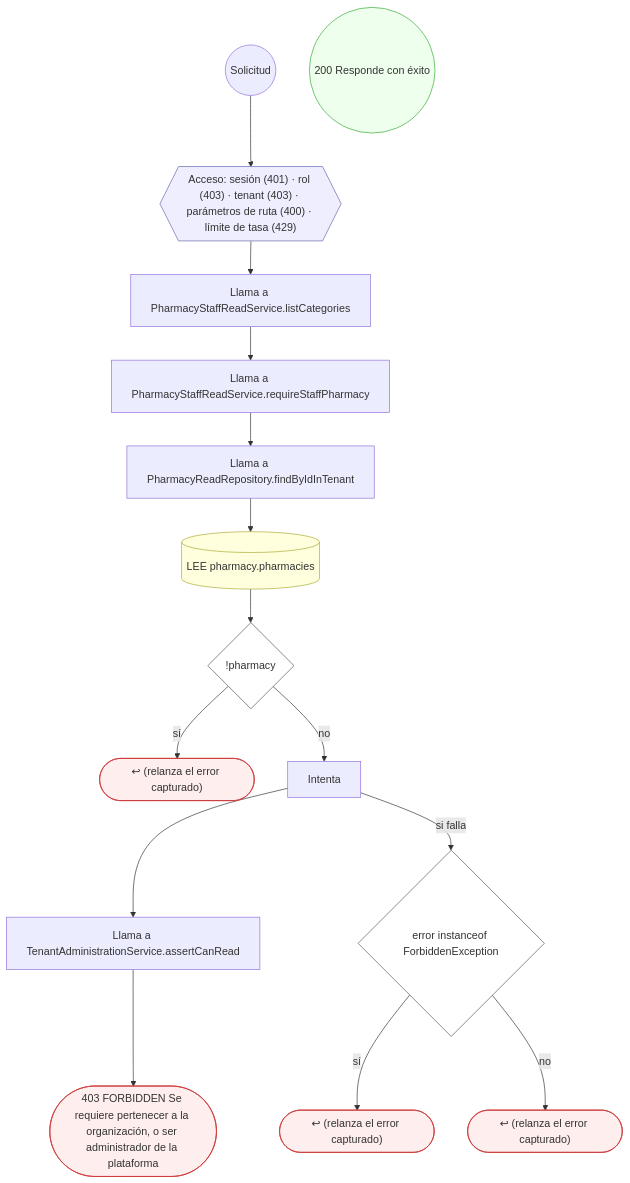
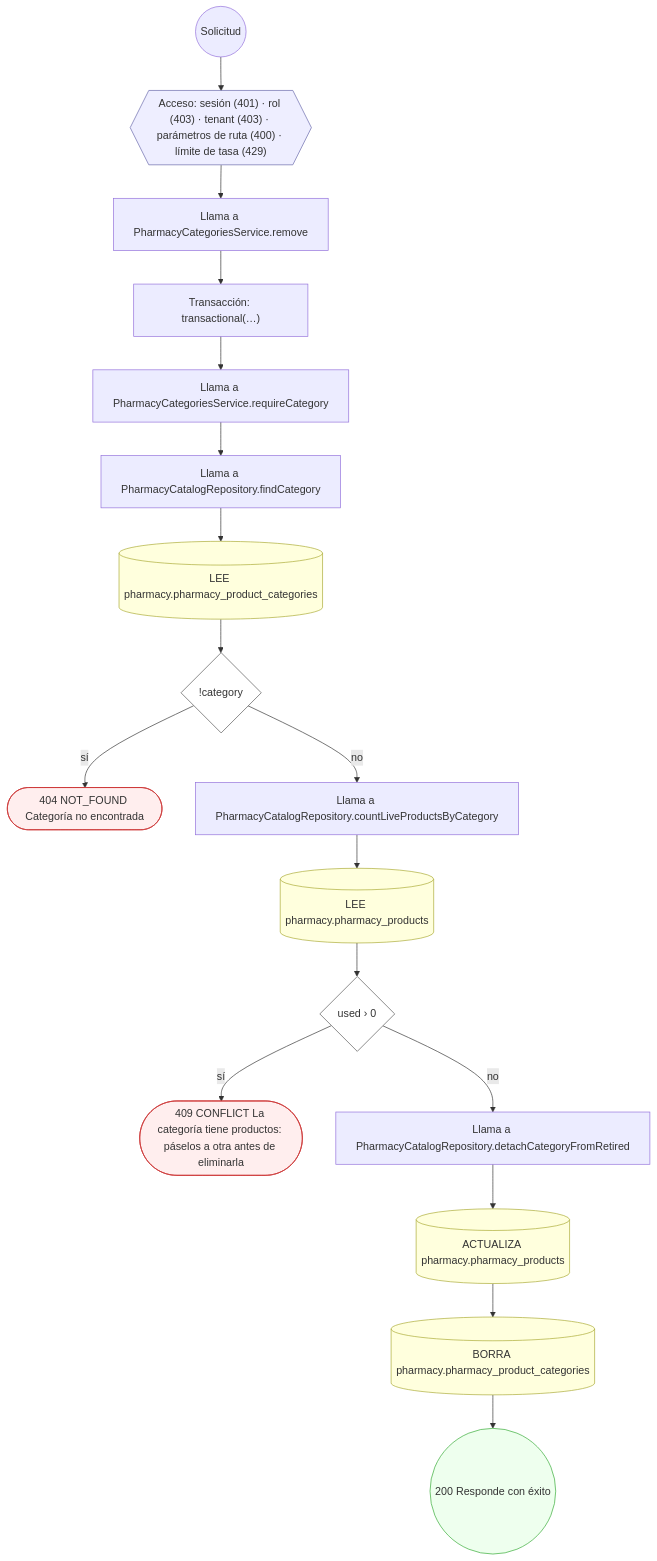
One commit to mdavila-2001/mantra-core-health-api changed the fifth of 29 diagrams in docs/inventario/flujos/pharmacy.md. Above: the diagram before and after it, drawn with Mermaid. The commit also changed other lines of this file and 205 other files, not shown here.

````diff
--- a/docs/inventario/flujos/pharmacy.md
+++ b/docs/inventario/flujos/pharmacy.md
@@ -370,37 +504,42 @@
 ```mermaid
 flowchart TD
   n1(("Solicitud")):::inicio
   n2{{"Acceso: sesión (401) · rol (403) · tenant (403) · parámetros de ruta (400) · límite de tasa (429)"}}:::acceso
   n1 --> n2
-  n3["Llama a PharmacyStaffReadService.listCategories"]:::llamada
+  n3["Llama a PharmacyCategoriesService.remove"]:::llamada
   n2 --> n3
-  n4["Llama a PharmacyStaffReadService.requireStaffPharmacy"]:::llamada
+  n4["Transacción: transactional(…)"]:::transaccion
   n3 --> n4
-  n5["Llama a PharmacyReadRepository.findByIdInTenant"]:::llamada
+  n5["Llama a PharmacyCategoriesService.requireCategory"]:::llamada
   n4 --> n5
-  n6[("LEE pharmacy.pharmacies")]:::efecto
+  n6["Llama a PharmacyCatalogRepository.findCategory"]:::llamada
   n5 --> n6
-  n7{"!pharmacy"}:::decision
+  n7[("LEE pharmacy.pharmacy_product_categories")]:::efecto
   n6 --> n7
-  n8(["↩ (relanza el error capturado)"]):::error
-  n7 -->|"sí"| n8
-  n9["Intenta"]:::intento
-  n7 -->|"no"| n9
-  n10["Llama a TenantAdministrationService.assertCanRead"]:::llamada
-  n9 --> n10
-  n11(["403 FORBIDDEN Se requiere pertenecer a la organización, o ser administrador de la plataforma"]):::error
+  n8{"!category"}:::decision
+  n7 --> n8
+  n9(["404 NOT_FOUND Categoría no encontrada"]):::error
+  n8 -->|"sí"| n9
+  n10["Llama a PharmacyCatalogRepository.countLiveProductsByCategory"]:::llamada
+  n8 -->|"no"| n10
+  n11[("LEE pharmacy.pharmacy_products")]:::efecto
   n10 --> n11
-  n12{"error instanceof ForbiddenException"}:::decision
-  n9 -->|"si falla"| n12
-  n13(["↩ (relanza el error capturado)"]):::error
+  n12{"used › 0"}:::decision
+  n11 --> n12
+  n13(["409 CONFLICT La categoría tiene productos: páselos a otra antes de eliminarla"]):::error
   n12 -->|"sí"| n13
-  n14(["↩ (relanza el error capturado)"]):::error
+  n14["Llama a PharmacyCatalogRepository.detachCategoryFromRetired"]:::llamada
   n12 -->|"no"| n14
-  n15(("200 Responde con éxito")):::ok
+  n15[("ACTUALIZA pharmacy.pharmacy_products")]:::efecto
+  n14 --> n15
+  n16[("BORRA pharmacy.pharmacy_product_categories")]:::efecto
+  n15 --> n16
+  n17(("200 Responde con éxito")):::ok
+  n16 --> n17
   classDef acceso fill:#eef,stroke:#66a
   classDef error fill:#fee,stroke:#c33
   classDef ok fill:#efe,stroke:#3a3
   classDef efecto fill:#ffd,stroke:#aa3
   classDef decision fill:#fff,stroke:#555
   classDef corte fill:#eee,stroke:#999,stroke-dasharray: 4
 ```
````
